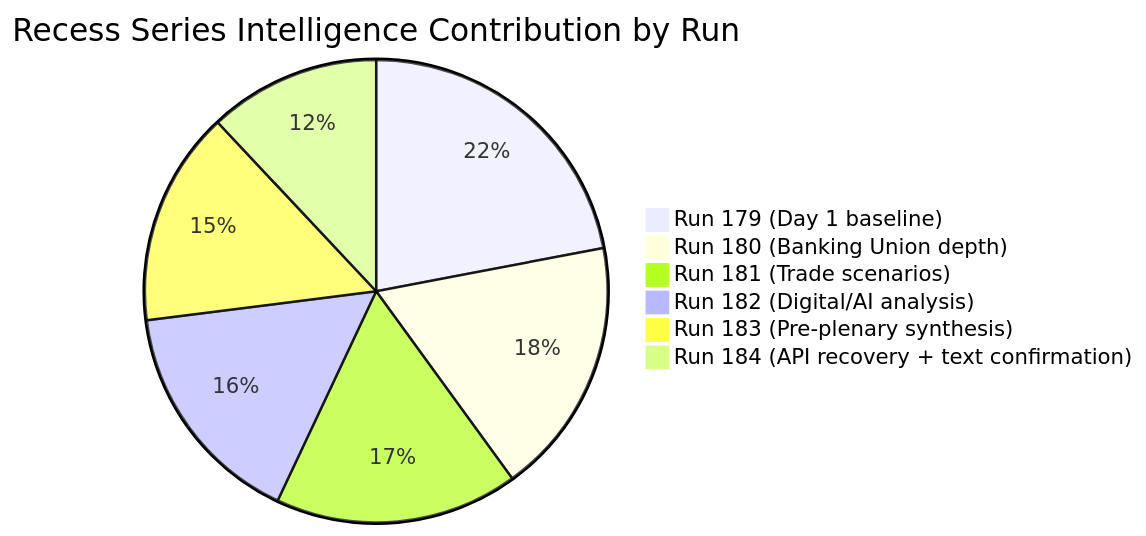
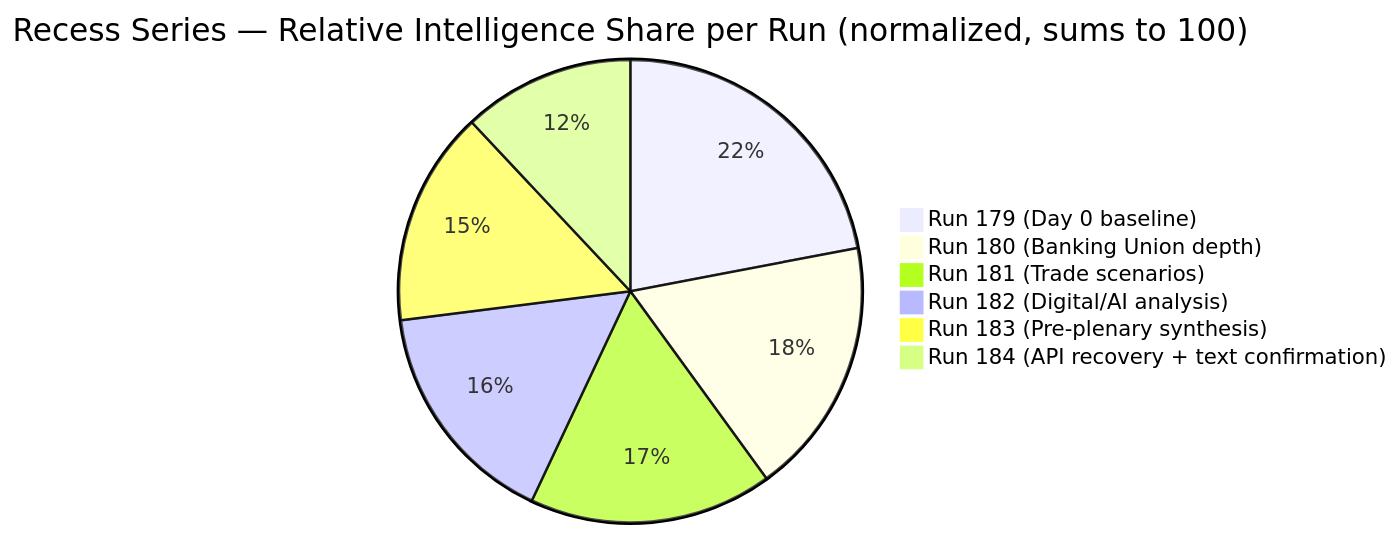
One commit to Hack23/euparliamentmonitor changed the diagram in analysis/daily/2026-04-18/breaking-run184/classification/significance-scoring.md. Above: the diagram before and after it, drawn with Mermaid. The commit also changed other lines of this file and 3 other files, not shown here.

First line of the commit message:
review: fix committee references (AFET/HOUSING→EMPL/ECON) and clarify relative-share vs absolute intel-score metrics

````diff
--- a/analysis/daily/2026-04-18/breaking-run184/classification/significance-scoring.md
+++ b/analysis/daily/2026-04-18/breaking-run184/classification/significance-scoring.md
@@ -57,9 +57,9 @@
 ```mermaid
-pie title Recess Series Intelligence Contribution by Run
-    "Run 179 (Day 1 baseline)" : 22
+pie title Recess Series — Relative Intelligence Share per Run (normalized, sums to 100)
+    "Run 179 (Day 0 baseline)" : 22
     "Run 180 (Banking Union depth)" : 18
     "Run 181 (Trade scenarios)" : 17
     "Run 182 (Digital/AI analysis)" : 16
     "Run 183 (Pre-plenary synthesis)" : 15
     "Run 184 (API recovery + text confirmation)" : 12
 ```
````
